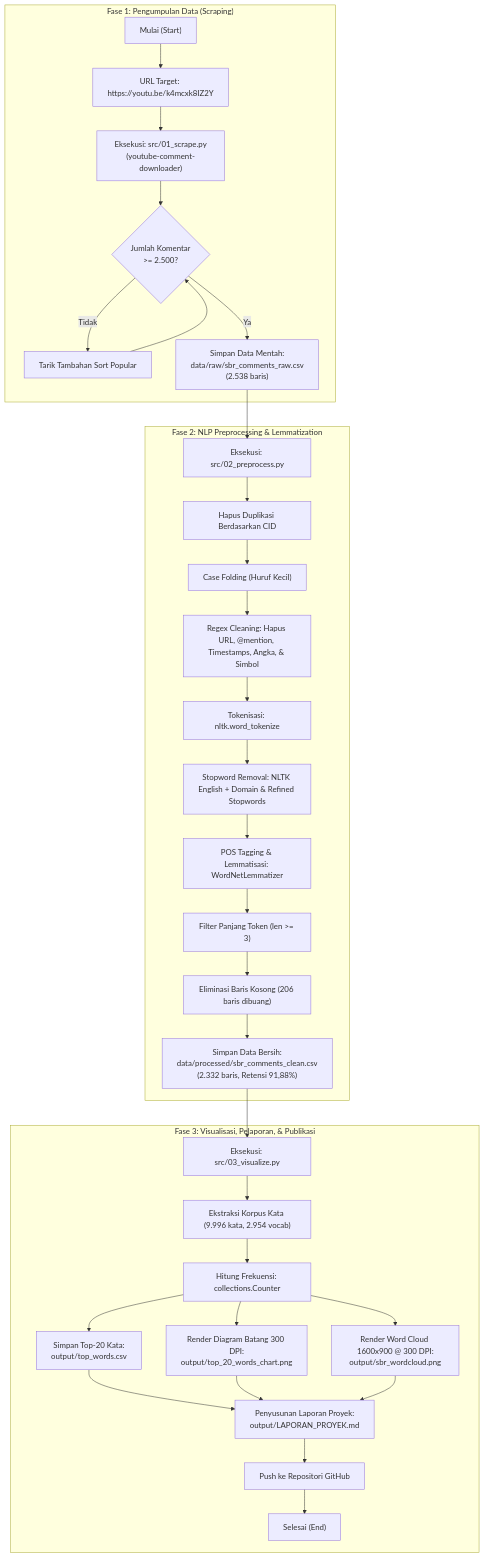
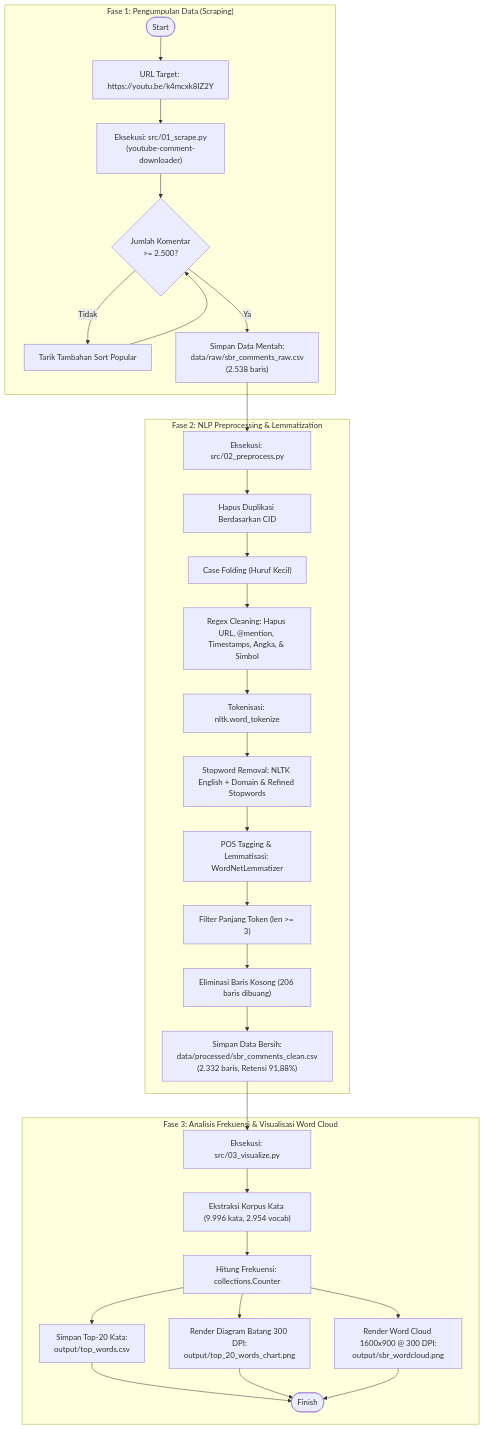
The second of 2 diagrams in output/LAPORAN_PROYEK.md (hamsigma/sbr-jojo-ytb-text-mining), drawn with Mermaid before and after one commit. The commit also changed 3 other files, not shown here.

Commit message:
docs: update detailed flowchart to start with Start and finish at Word Cloud

````diff
--- a/output/LAPORAN_PROYEK.md
+++ b/output/LAPORAN_PROYEK.md
@@ -108,36 +108,34 @@
 ```mermaid
 flowchart TD
     subgraph Fase1 ["Fase 1: Pengumpulan Data (Scraping)"]
-        A["Mulai (Start)"] --> B["URL Target: https://youtu.be/k4mcxk8IZ2Y"]
+        A([Start]) --> B["URL Target: https://youtu.be/k4mcxk8IZ2Y"]
         B --> C["Eksekusi: src/01_scrape.py<br/>(youtube-comment-downloader)"]
         C --> D{"Jumlah Komentar<br/>>= 2.500?"}
         D -- "Tidak" --> C2["Tarik Tambahan Sort Popular"]
         C2 --> D
         D -- "Ya" --> E["Simpan Data Mentah:<br/>data/raw/sbr_comments_raw.csv<br/>(2.538 baris)"]
     end
 
     subgraph Fase2 ["Fase 2: NLP Preprocessing & Lemmatization"]
         E --> F["Eksekusi: src/02_preprocess.py"]
         F --> G["Hapus Duplikasi Berdasarkan CID"]
         G --> H["Case Folding (Huruf Kecil)"]
         H --> I["Regex Cleaning: Hapus URL, @mention, Timestamps, Angka, & Simbol"]
         I --> J["Tokenisasi: nltk.word_tokenize"]
         J --> K["Stopword Removal: NLTK English + Domain & Refined Stopwords"]
         K --> L["POS Tagging & Lemmatisasi: WordNetLemmatizer"]
         L --> M["Filter Panjang Token (len >= 3)"]
         M --> N["Eliminasi Baris Kosong (206 baris dibuang)"]
         N --> O["Simpan Data Bersih:<br/>data/processed/sbr_comments_clean.csv<br/>(2.332 baris, Retensi 91,88%)"]
     end
 
-    subgraph Fase3 ["Fase 3: Visualisasi, Pelaporan, & Publikasi"]
+    subgraph Fase3 ["Fase 3: Analisis Frekuensi & Visualisasi Word Cloud"]
         O --> P["Eksekusi: src/03_visualize.py"]
         P --> Q["Ekstraksi Korpus Kata (9.996 kata, 2.954 vocab)"]
         Q --> R["Hitung Frekuensi: collections.Counter"]
         R --> S["Simpan Top-20 Kata:<br/>output/top_words.csv"]
         R --> T["Render Diagram Batang 300 DPI:<br/>output/top_20_words_chart.png"]
         R --> U["Render Word Cloud 1600x900 @ 300 DPI:<br/>output/sbr_wordcloud.png"]
-        S & T & U --> V["Penyusunan Laporan Proyek:<br/>output/LAPORAN_PROYEK.md"]
-        V --> W["Push ke Repositori GitHub"]
-        W --> X["Selesai (End)"]
+        S & T & U --> V([Finish])
     end
 ```
````
